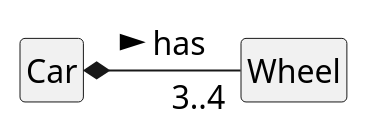
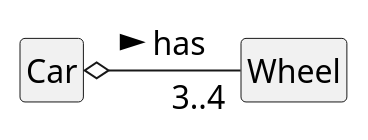
One commit to UNEsestudio/cosc220-sync-lectures changed diagram 23 of 26 in classmodelling/class.wsd. Above: the diagram before and after it, drawn with PlantUML. The commit also changed other lines of this file and 5 other files, not shown here.

```diff
--- a/classmodelling/class.wsd
+++ b/classmodelling/class.wsd
@@ -284,10 +284,10 @@
 @startuml aggregation
 hide circle
 hide members
 skinparam defaultFontSize 16
 
 class Car
 class Wheel
 
-Car *- "3..4" Wheel : has >
+Car o- "3..4" Wheel : has >
 @enduml
```
